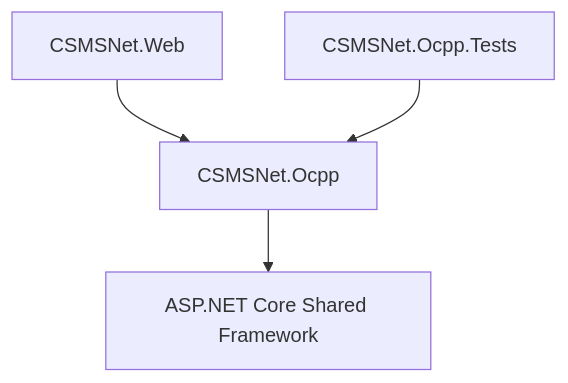
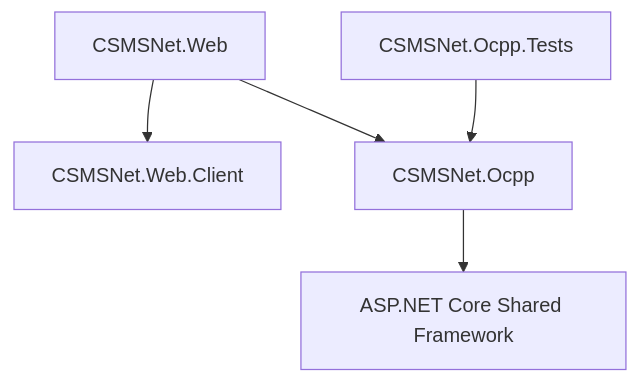
One commit to clarknu/CSMSNet changed the diagram in PROJECT_MANUAL.md. Above: the diagram before and after it, drawn with Mermaid. The commit also changed other lines of this file and 7 other files, not shown here.

````diff
--- a/PROJECT_MANUAL.md
+++ b/PROJECT_MANUAL.md
@@ -41,6 +40,7 @@
 ```mermaid
 graph TD
-    Web[CSMSNet.Web] --> Ocpp[CSMSNet.Ocpp]
+    Web[CSMSNet.Web] --> Client[CSMSNet.Web.Client]
+    Web --> Ocpp[CSMSNet.Ocpp]
     Tests[CSMSNet.Ocpp.Tests] --> Ocpp
     Ocpp --> AspNetCore[ASP.NET Core Shared Framework]
 ```
````
